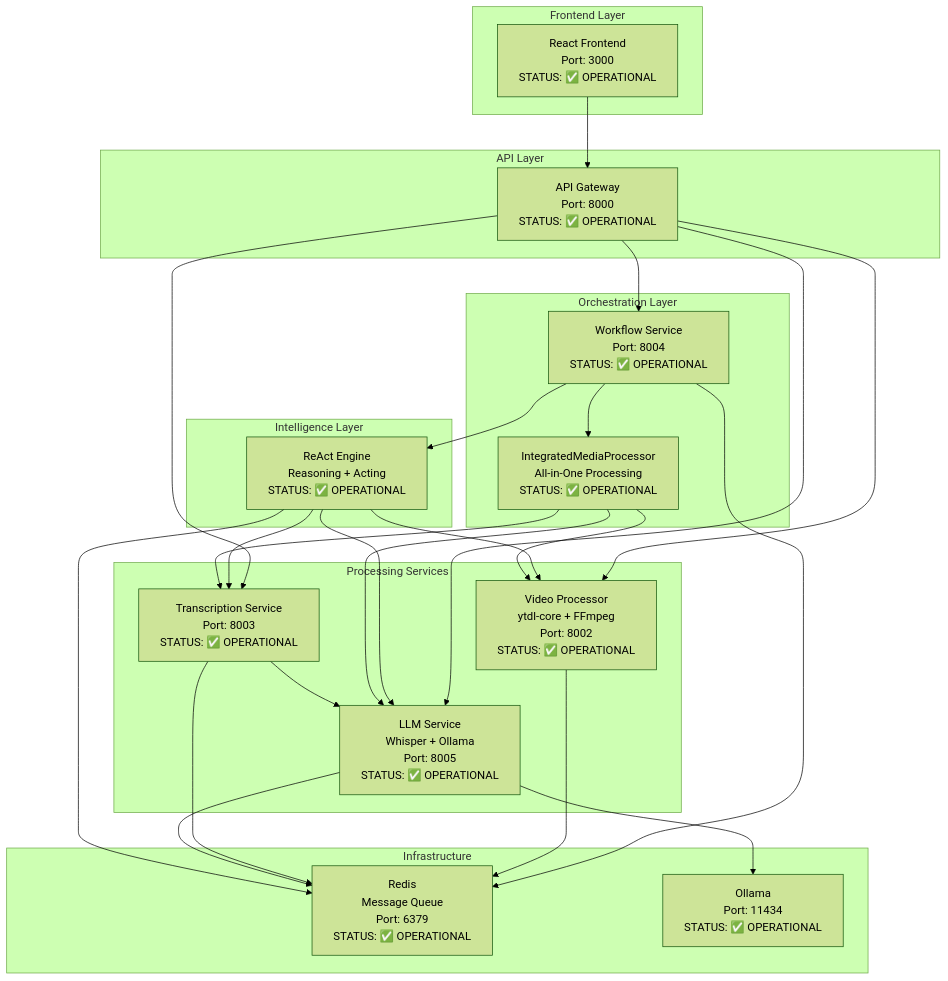
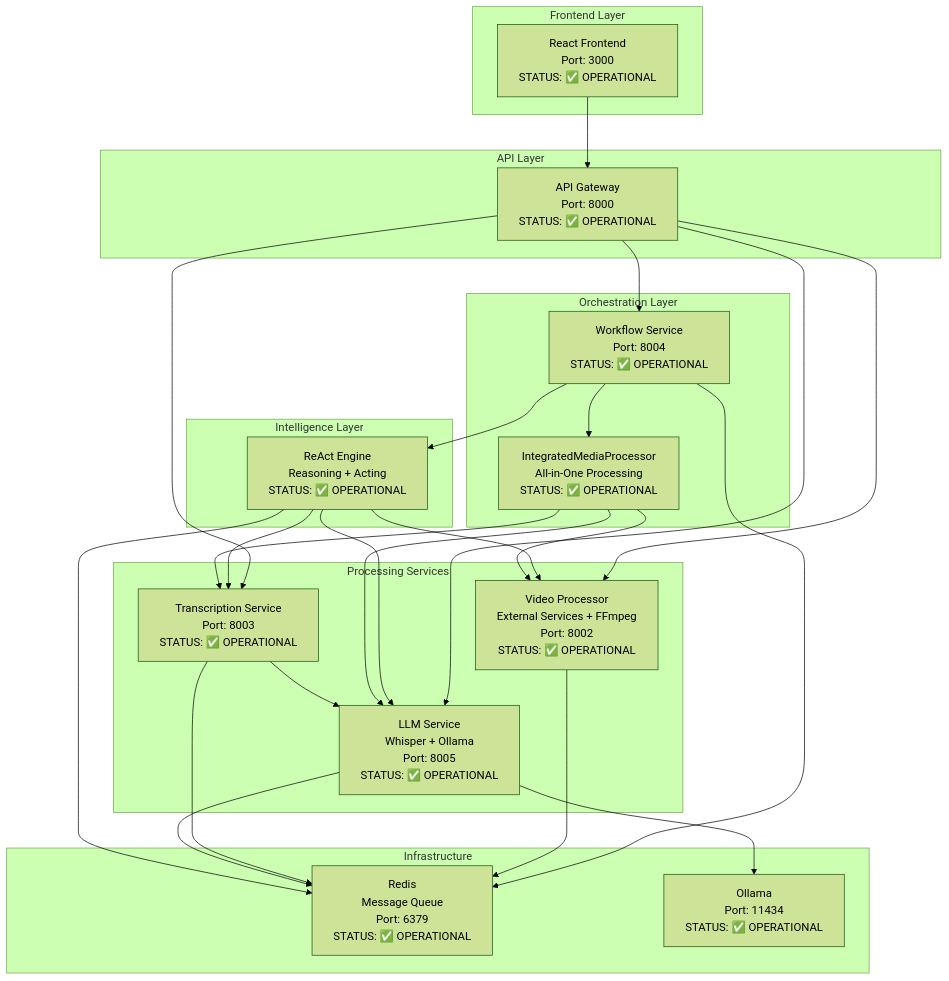
One commit to briancasteel/youtube-transcriber changed the diagram in memory-bank/architecture-plan.md. Above: the diagram before and after it, drawn with Mermaid (forest theme). The commit also changed other lines of this file and 23 other files, not shown here.

````diff
--- a/memory-bank/architecture-plan.md
+++ b/memory-bank/architecture-plan.md
@@ -13,51 +13,51 @@
 ```mermaid
 graph TB
     subgraph "Frontend Layer"
         FE[React Frontend<br/>Port: 3000<br/>STATUS: ✅ OPERATIONAL]
     end
     
     subgraph "API Layer"
         GW[API Gateway<br/>Port: 8000<br/>STATUS: ✅ OPERATIONAL]
     end
     
     subgraph "Intelligence Layer"
         REACT[ReAct Engine<br/>Reasoning + Acting<br/>STATUS: ✅ OPERATIONAL]
     end
     
     subgraph "Orchestration Layer"
         WF[Workflow Service<br/>Port: 8004<br/>STATUS: ✅ OPERATIONAL]
         IMP[IntegratedMediaProcessor<br/>All-in-One Processing<br/>STATUS: ✅ OPERATIONAL]
     end
     
     subgraph "Processing Services"
-        VP[Video Processor<br/>ytdl-core + FFmpeg<br/>Port: 8002<br/>STATUS: ✅ OPERATIONAL]
+        VP[Video Processor<br/>External Services + FFmpeg<br/>Port: 8002<br/>STATUS: ✅ OPERATIONAL]
         TS[Transcription Service<br/>Port: 8003<br/>STATUS: ✅ OPERATIONAL]
         LLM[LLM Service<br/>Whisper + Ollama<br/>Port: 8005<br/>STATUS: ✅ OPERATIONAL]
     end
     
     subgraph "Infrastructure"
         RD[Redis<br/>Message Queue<br/>Port: 6379<br/>STATUS: ✅ OPERATIONAL]
         OL[Ollama<br/>Port: 11434<br/>STATUS: ✅ OPERATIONAL]
     end
     
     FE --> GW
     GW --> WF
     GW --> VP
     GW --> TS
     GW --> LLM
     WF --> REACT
     REACT --> VP
     REACT --> TS
     REACT --> LLM
     WF --> IMP
     IMP --> VP
     IMP --> TS
     IMP --> LLM
     TS --> LLM
     LLM --> OL
     WF --> RD
     VP --> RD
     TS --> RD
     LLM --> RD
     REACT --> RD
 ```
````
